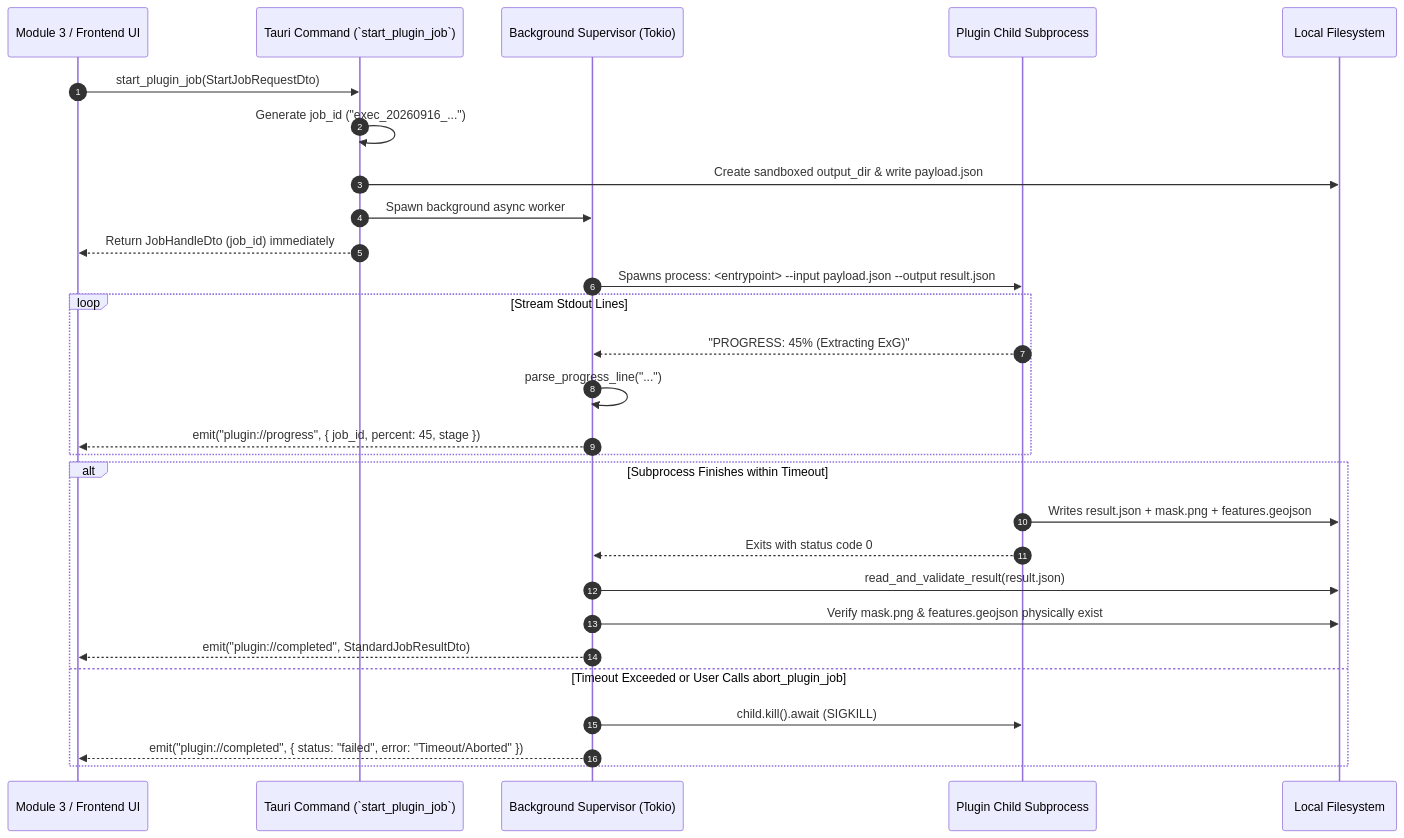
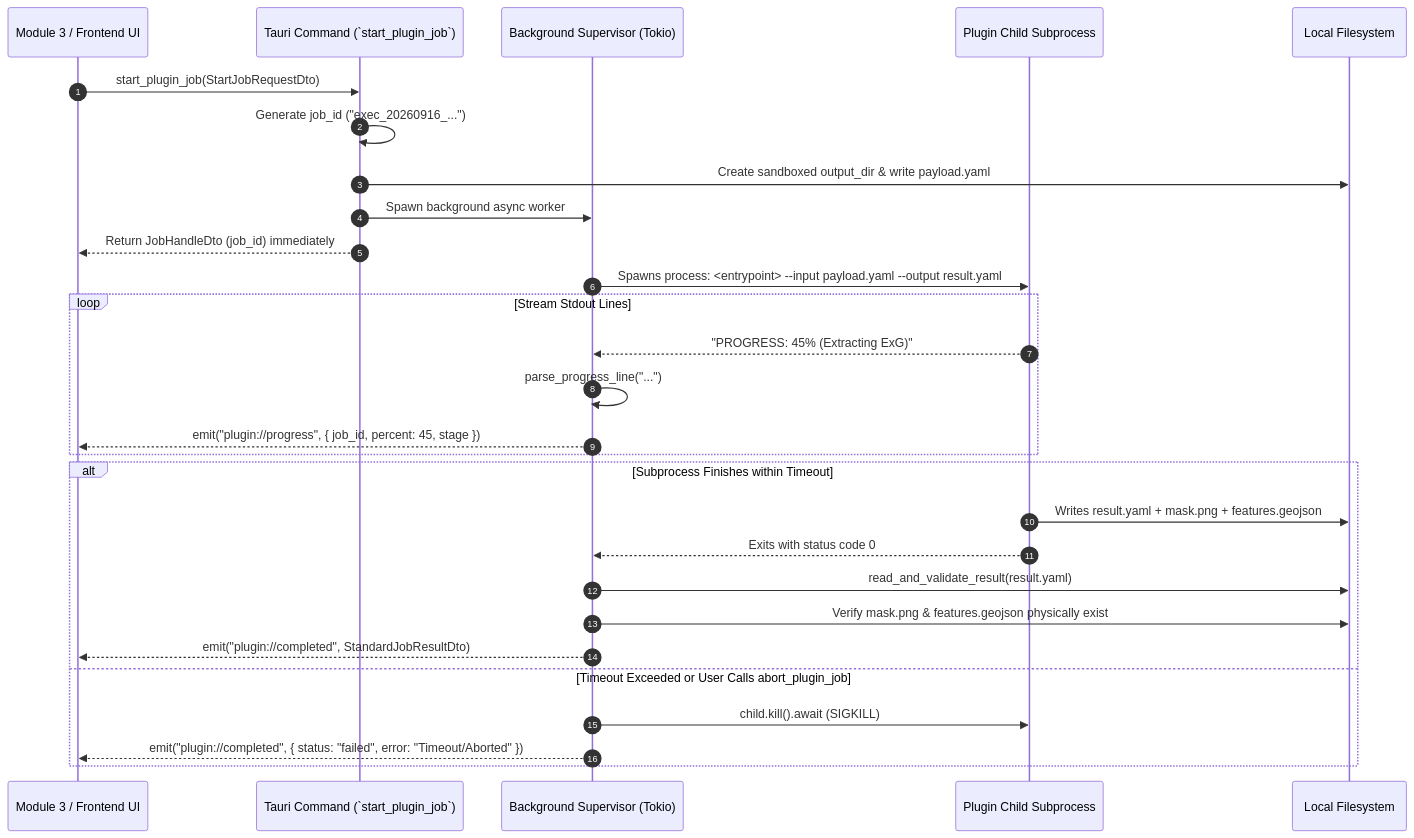
One commit to Lambdasz/Aerial-Analytics-Platform changed the diagram in src-tauri/src/plugin_manager/DOCS/03_DOMAIN_3_EXECUTION_SUPERVISOR.md. Above: the diagram before and after it, drawn with Mermaid. The commit also changed other lines of this file and 162 other files, not shown here.

First line of the commit message:
refactor(contracts)!: migrate data contracts from JSON to YAML (#85)

````diff
--- a/src-tauri/src/plugin_manager/DOCS/03_DOMAIN_3_EXECUTION_SUPERVISOR.md
+++ b/src-tauri/src/plugin_manager/DOCS/03_DOMAIN_3_EXECUTION_SUPERVISOR.md
@@ -98,34 +98,34 @@
 ```mermaid
 sequenceDiagram
     autonumber
     participant UI as Module 3 / Frontend UI
     participant IPC as Tauri Command (`start_plugin_job`)
     participant Sup as Background Supervisor (Tokio)
     participant Sub as Plugin Child Subprocess
     participant FS as Local Filesystem
 
     UI->>IPC: start_plugin_job(StartJobRequestDto)
     IPC->>IPC: Generate job_id ("exec_20260916_...")
-    IPC->>FS: Create sandboxed output_dir & write payload.json
+    IPC->>FS: Create sandboxed output_dir & write payload.yaml
     IPC->>Sup: Spawn background async worker
     IPC-->>UI: Return JobHandleDto (job_id) immediately
 
-    Sup->>Sub: Spawns process: <entrypoint> --input payload.json --output result.json
+    Sup->>Sub: Spawns process: <entrypoint> --input payload.yaml --output result.yaml
 
     loop Stream Stdout Lines
         Sub-->>Sup: "PROGRESS: 45% (Extracting ExG)"
         Sup->>Sup: parse_progress_line("...")
         Sup-->>UI: emit("plugin://progress", { job_id, percent: 45, stage })
     end
 
     alt Subprocess Finishes within Timeout
-        Sub->>FS: Writes result.json + mask.png + features.geojson
+        Sub->>FS: Writes result.yaml + mask.png + features.geojson
         Sub-->>Sup: Exits with status code 0
-        Sup->>FS: read_and_validate_result(result.json)
+        Sup->>FS: read_and_validate_result(result.yaml)
         Sup->>FS: Verify mask.png & features.geojson physically exist
         Sup-->>UI: emit("plugin://completed", StandardJobResultDto)
     else Timeout Exceeded or User Calls abort_plugin_job
         Sup->>Sub: child.kill().await (SIGKILL)
         Sup-->>UI: emit("plugin://completed", { status: "failed", error: "Timeout/Aborted" })
     end
 ```
````
